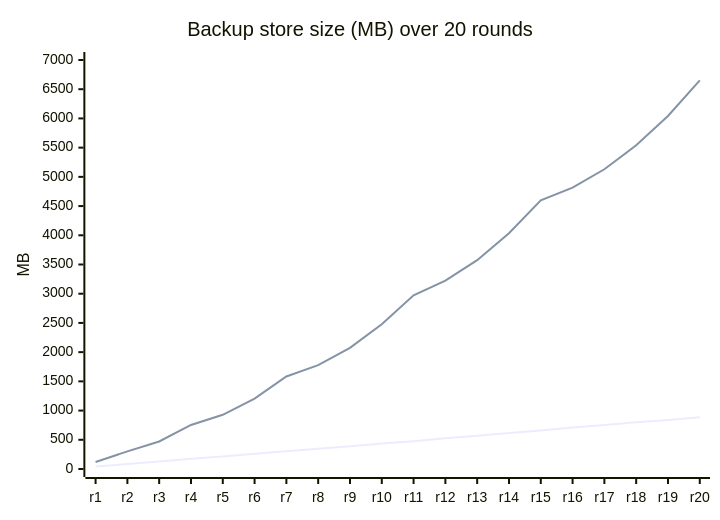
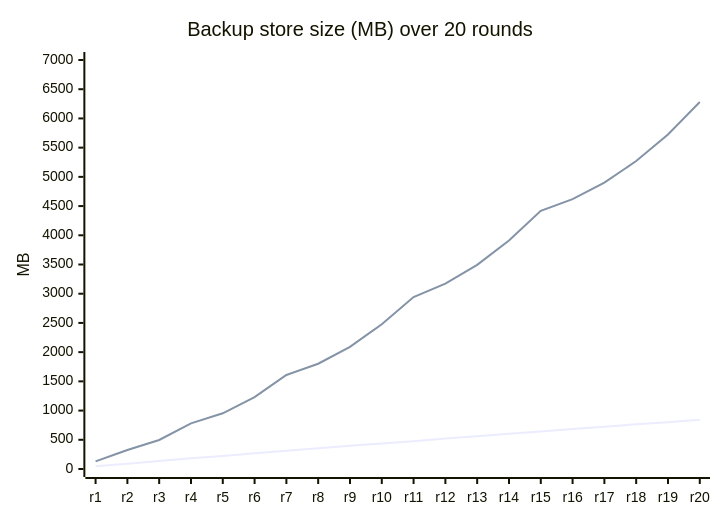
Before and after one commit to wb1016/zrdback: the diagram in README.md, drawn with Mermaid. The commit also changed other lines of this file and 89 other files, not shown here.

````diff
--- a/README.md
+++ b/README.md
@@ -46,8 +48,8 @@
 ```mermaid
 xychart-beta
     title "Backup store size (MB) over 20 rounds"
     x-axis [r1, r2, r3, r4, r5, r6, r7, r8, r9, r10, r11, r12, r13, r14, r15, r16, r17, r18, r19, r20]
     y-axis "MB" 0 --> 7000
-    line [43, 84, 128, 175, 216, 260, 303, 345, 390, 435, 476, 526, 571, 618, 660, 710, 754, 800, 838, 884]
-    line [119, 301, 471, 754, 928, 1206, 1584, 1777, 2073, 2476, 2972, 3223, 3574, 4036, 4597, 4816, 5130, 5541, 6041, 6652]
+    line [47, 90, 136, 183, 224, 269, 313, 354, 397, 438, 475, 520, 561, 603, 641, 685, 725, 765, 801, 844]
+    line [131, 325, 497, 782, 953, 1229, 1609, 1802, 2090, 2476, 2943, 3173, 3493, 3912, 4420, 4618, 4900, 5271, 5724, 6281]
 ```
````
